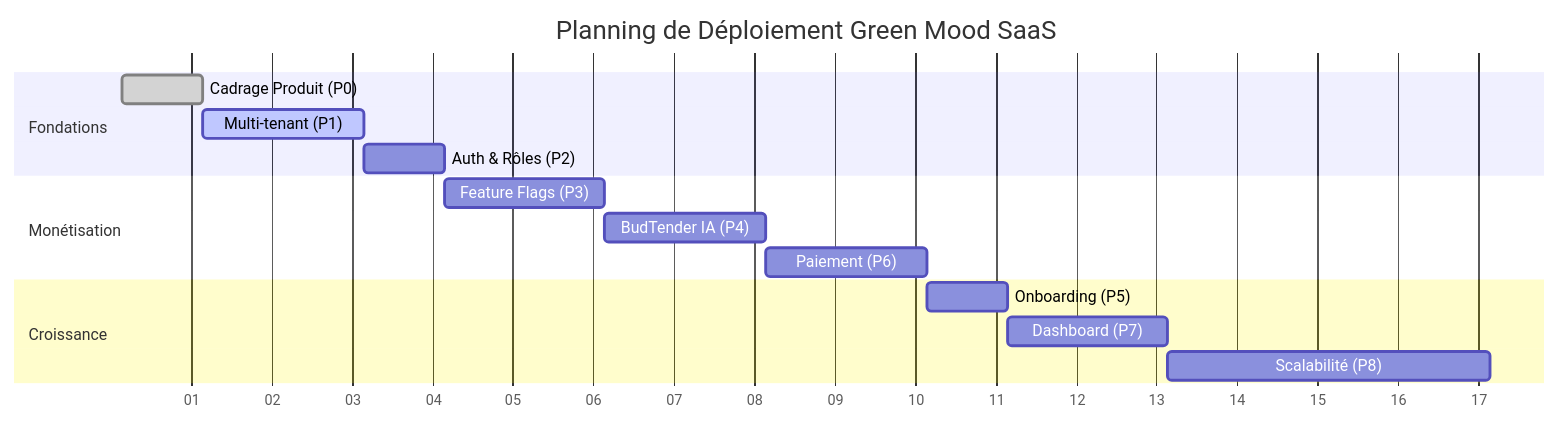
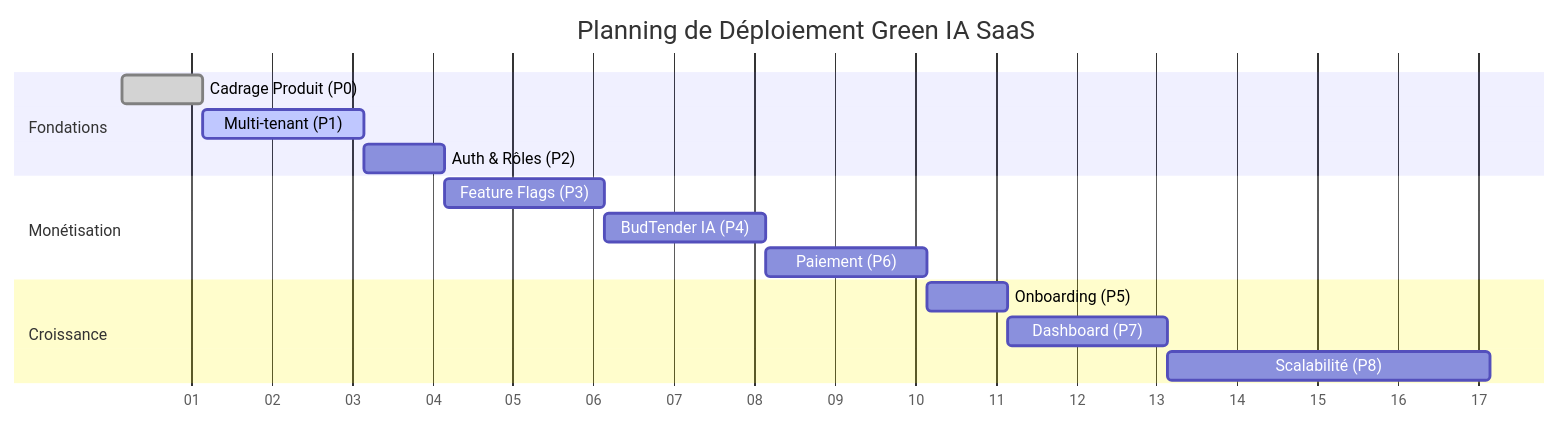
The diagram in ROADMAP.md (moonback/Green-IA-project-SAAS), drawn with Mermaid before and after one commit. The commit also changed other lines of this file and 45 other files, not shown here.

````diff
--- a/ROADMAP.md
+++ b/ROADMAP.md
@@ -31,21 +31,21 @@
 ```mermaid
 gantt
-    title Planning de Déploiement Green Mood SaaS
+    title Planning de Déploiement Green IA SaaS
     dateFormat  YYYY-WW
     axisFormat  %W
     
     section Fondations
     Cadrage Produit (P0)      :done, p0, 2024-01, 1w
     Multi-tenant (P1)         :active, p1, after p0, 2w
     Auth & Rôles (P2)         :p2, after p1, 1w
     
     section Monétisation
     Feature Flags (P3)        :p3, after p2, 2w
     BudTender IA (P4)         :p4, after p3, 2w
     Paiement (P6)             :p6, after p4, 2w
     
     section Croissance
     Onboarding (P5)           :p5, after p6, 1w
     Dashboard (P7)            :p7, after p5, 2w
     Scalabilité (P8)          :p8, after p7, 4w
 ```
````
